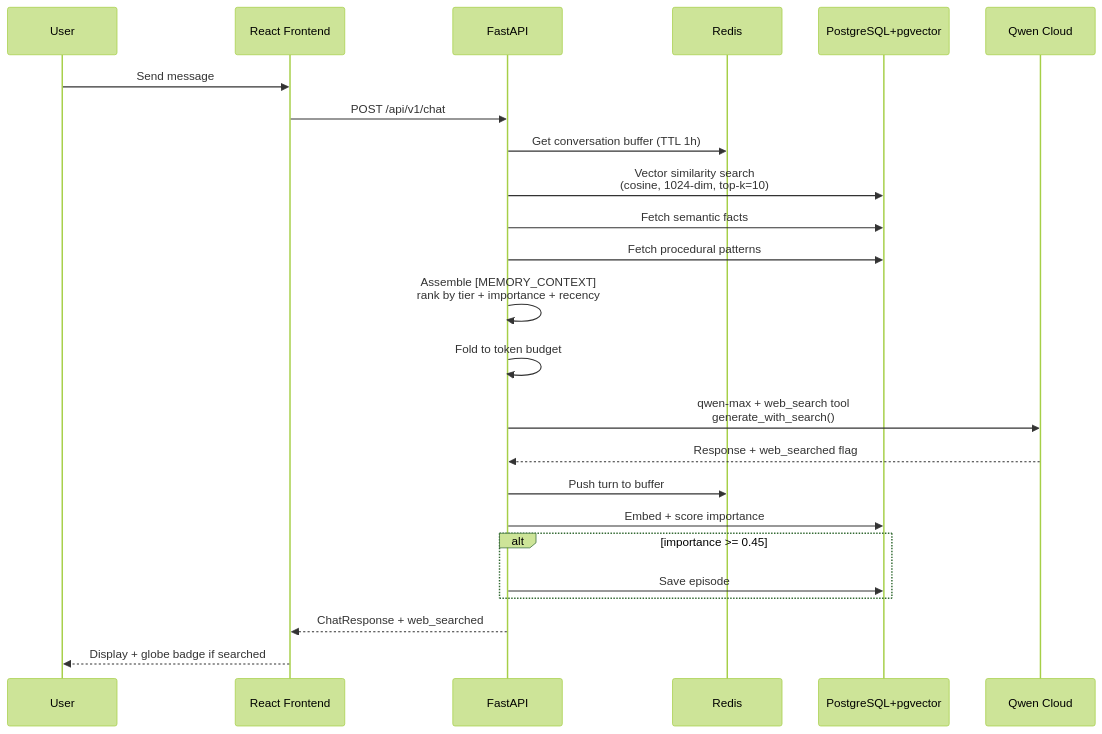
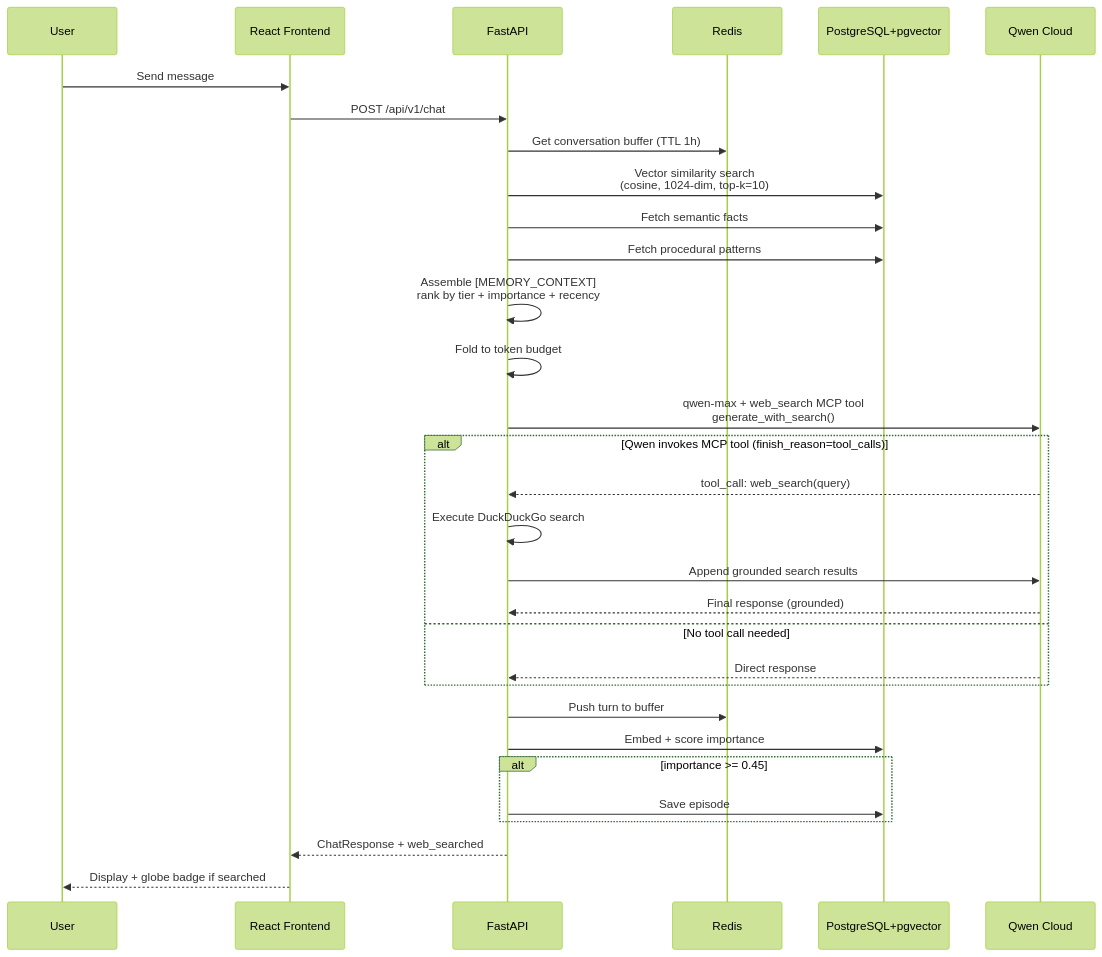
The first of 5 diagrams in README.md (samitochi04/hipocampus), drawn with Mermaid (forest theme) before and after one commit. The commit also changed other lines of this file, not shown here.

````diff
--- a/README.md
+++ b/README.md
@@ -107,33 +109,41 @@
 ```mermaid
 sequenceDiagram
     participant U as User
     participant FE as React Frontend
     participant API as FastAPI
     participant R as Redis
     participant PG as PostgreSQL+pgvector
     participant Q as Qwen Cloud
 
     U->>FE: Send message
     FE->>API: POST /api/v1/chat
     
     API->>R: Get conversation buffer (TTL 1h)
     API->>PG: Vector similarity search<br/>(cosine, 1024-dim, top-k=10)
     API->>PG: Fetch semantic facts
     API->>PG: Fetch procedural patterns
     
     API->>API: Assemble [MEMORY_CONTEXT]<br/>rank by tier + importance + recency
     API->>API: Fold to token budget
     
-    API->>Q: qwen-max + web_search tool<br/>generate_with_search()
-    Q-->>API: Response + web_searched flag
+    API->>Q: qwen-max + web_search MCP tool<br/>generate_with_search()
+
+    alt Qwen invokes MCP tool (finish_reason=tool_calls)
+        Q-->>API: tool_call: web_search(query)
+        API->>API: Execute DuckDuckGo search
+        API->>Q: Append grounded search results
+        Q-->>API: Final response (grounded)
+    else No tool call needed
+        Q-->>API: Direct response
+    end
     
     API->>R: Push turn to buffer
     API->>PG: Embed + score importance
     
     alt importance >= 0.45
         API->>PG: Save episode
     end
     
     API-->>FE: ChatResponse + web_searched
     FE-->>U: Display + globe badge if searched
 ```
````
